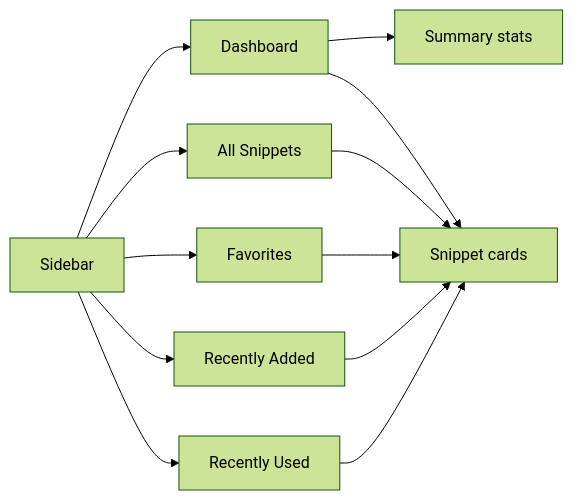
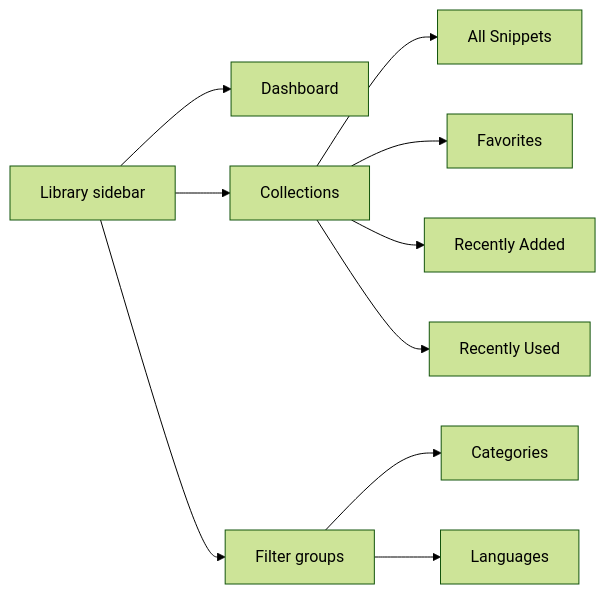
The first of 4 diagrams in api2-documentation/plan_2026-11-02_f8890e/user-facing-docs/snippet-library.md (Mohita111/API2), drawn with Mermaid (forest theme) before and after one commit. The commit also changed other lines of this file and 11 other files, not shown here.

````diff
--- a/api2-documentation/plan_2026-11-02_f8890e/user-facing-docs/snippet-library.md
+++ b/api2-documentation/plan_2026-11-02_f8890e/user-facing-docs/snippet-library.md
@@ -44,14 +24,12 @@
 ```mermaid
 graph LR
-    Sidebar --> Dashboard
-    Sidebar --> All["All Snippets"]
-    Sidebar --> Favorites
-    Sidebar --> Recent["Recently Added"]
-    Sidebar --> Used["Recently Used"]
-    All --> Cards["Snippet cards"]
-    Favorites --> Cards
-    Recent --> Cards
-    Used --> Cards
-    Dashboard --> Stats["Summary stats"]
-    Dashboard --> Cards
+  A[Library sidebar] --> B[Dashboard]
+  A --> C[Collections]
+  A --> D[Filter groups]
+  C --> E[All Snippets]
+  C --> F[Favorites]
+  C --> G[Recently Added]
+  C --> H[Recently Used]
+  D --> I[Categories]
+  D --> J[Languages]
 ```
````
